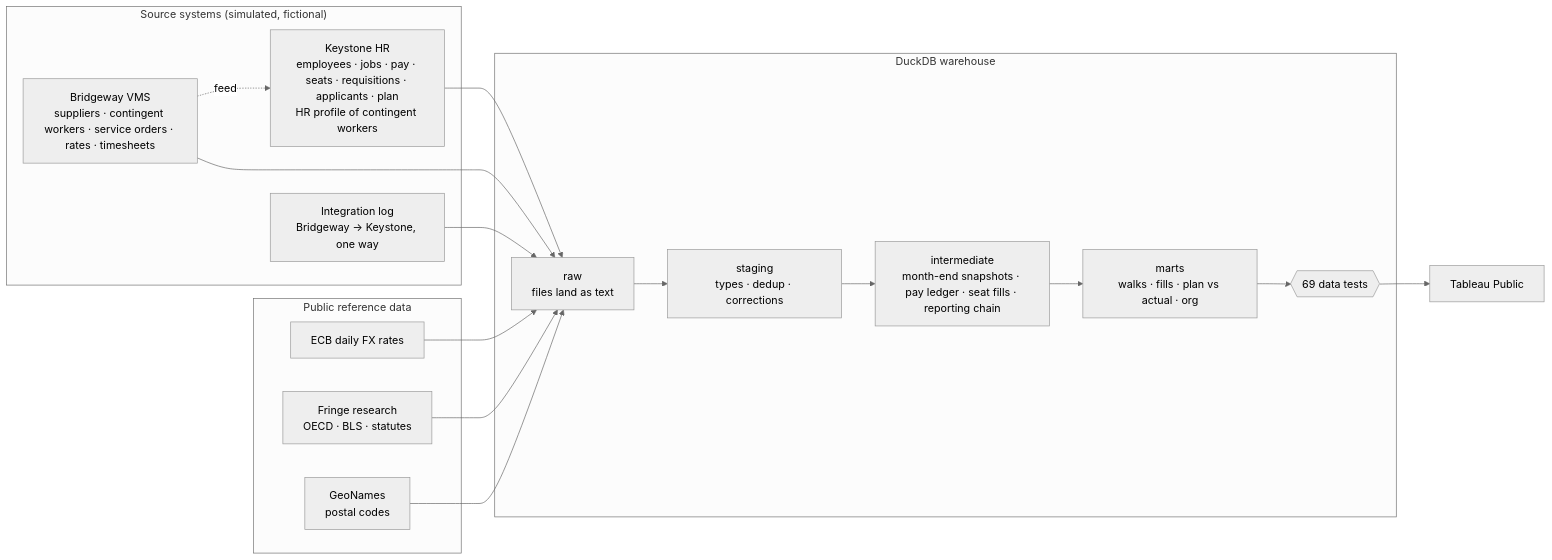
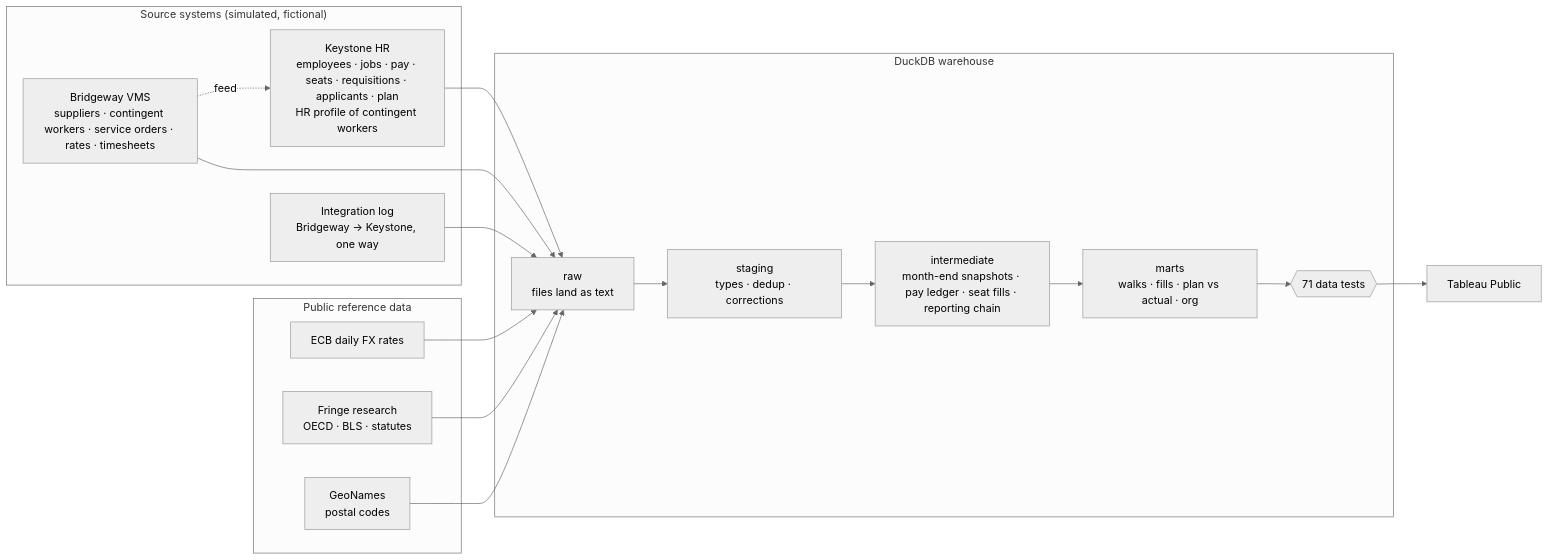
One commit to thialp/people-analytics-warehouse changed the first of 2 diagrams in README.md. Above: the diagram before and after it, drawn with Mermaid (neutral theme). The commit also changed other lines of this file and 36 other files, not shown here.

````diff
--- a/README.md
+++ b/README.md
@@ -38,29 +38,29 @@
 ```mermaid
 flowchart LR
     subgraph Sources["Source systems (simulated, fictional)"]
         HR["Keystone HR<br/>employees · jobs · pay · seats · requisitions · applicants · plan<br/>HR profile of contingent workers"]
         VMS["Bridgeway VMS<br/>suppliers · contingent workers · service orders · rates · timesheets"]
         FEED["Integration log<br/>Bridgeway → Keystone, one way"]
     end
     subgraph Public["Public reference data"]
         ECB["ECB daily FX rates"]
         FRG["Fringe research<br/>OECD · BLS · statutes"]
         GEO["GeoNames<br/>postal codes"]
     end
     subgraph WH["DuckDB warehouse"]
         RAW["raw<br/>files land as text"]
         STG["staging<br/>types · dedup · corrections"]
         INT["intermediate<br/>month-end snapshots · pay ledger · seat fills · reporting chain"]
         MART["marts<br/>walks · fills · plan vs actual · org"]
-        TEST{{"69 data tests"}}
+        TEST{{"71 data tests"}}
     end
     TAB["Tableau Public"]
     VMS -. feed .-> HR
     HR --> RAW
     VMS --> RAW
     FEED --> RAW
     ECB --> RAW
     FRG --> RAW
     GEO --> RAW
     RAW --> STG --> INT --> MART --> TEST --> TAB
 ```
````
